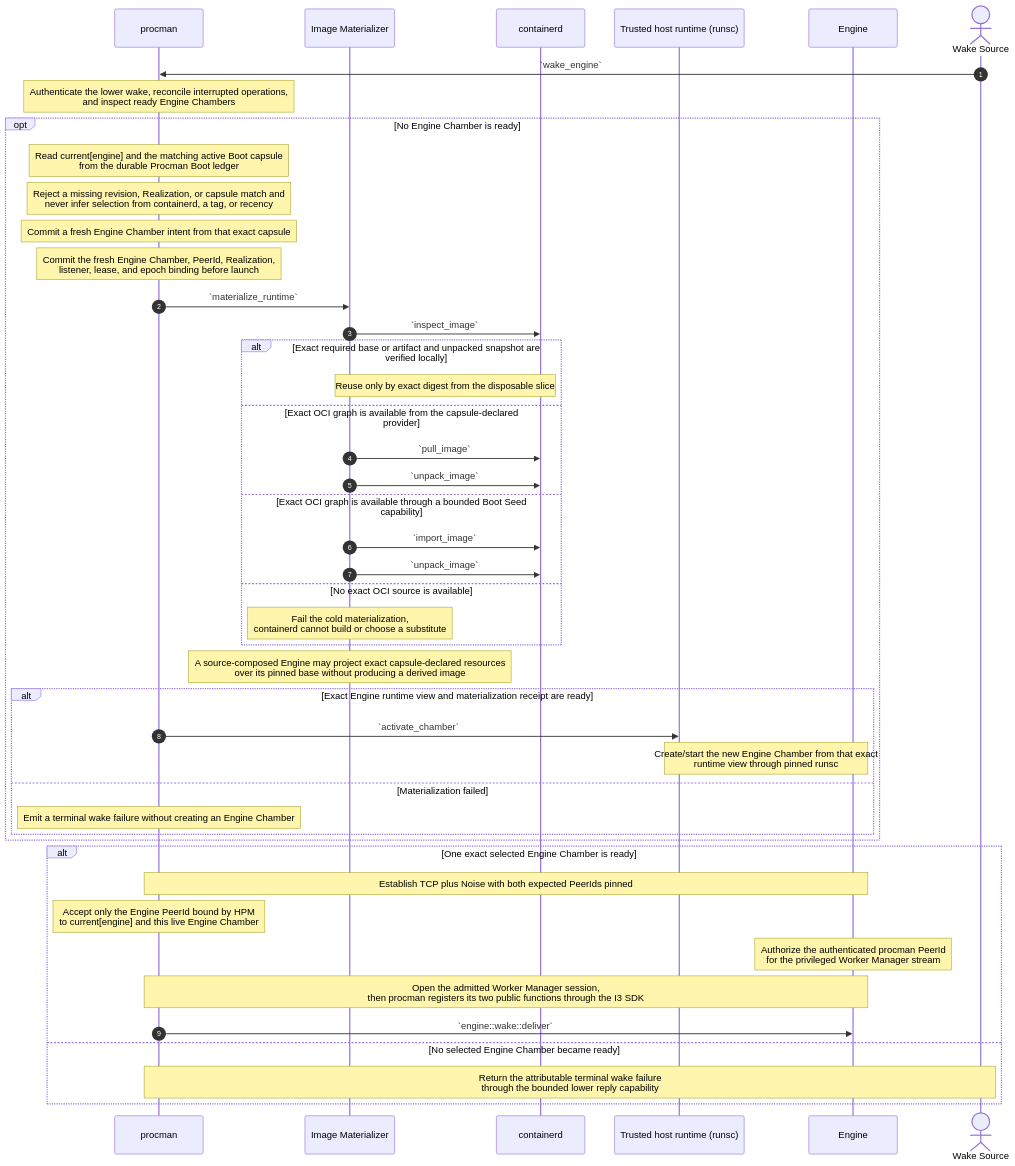
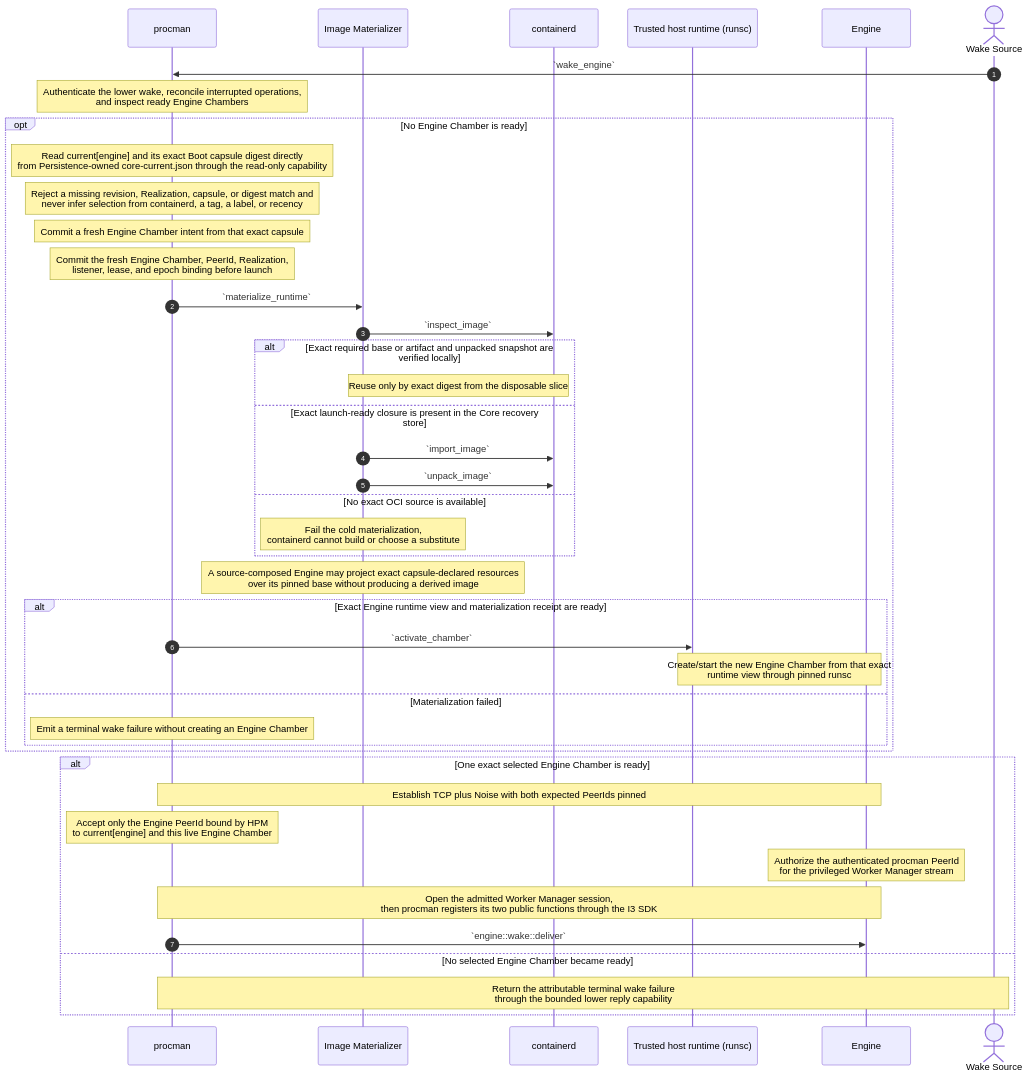
Before and after one commit to dreamcatcher-tech/chambers-lifecycle-explorer: the fourth of 14 diagrams in source/chambers-lifecycle-sequences.md, drawn with Mermaid. The commit also changed other lines of this file and 7 other files, not shown here.

Commit message:
feat: project bootstrap-safe core selection

````diff
--- a/source/chambers-lifecycle-sequences.md
+++ b/source/chambers-lifecycle-sequences.md
@@ -603,50 +817,47 @@
 ```mermaid
 sequenceDiagram
     autonumber
     participant procman
     participant Materializer as Image Materializer
     participant containerd
     participant Runtime as Trusted host runtime (runsc)
     participant Engine
     actor Wake as Wake Source
 
     Wake->>procman: `wake_engine`
     Note over procman: Authenticate the lower wake, reconcile interrupted operations,<br/>and inspect ready Engine Chambers
 
     opt No Engine Chamber is ready
-        Note over procman: Read current[engine] and the matching active Boot capsule<br/>from the durable Procman Boot ledger
-        Note over procman: Reject a missing revision, Realization, or capsule match and<br/>never infer selection from containerd, a tag, or recency
+        Note over procman: Read current[engine] and its exact Boot capsule digest directly<br/>from Persistence-owned core-current.json through the read-only capability
+        Note over procman: Reject a missing revision, Realization, capsule, or digest match and<br/>never infer selection from containerd, a tag, a label, or recency
         Note over procman: Commit a fresh Engine Chamber intent from that exact capsule
         Note over procman: Commit the fresh Engine Chamber, PeerId, Realization,<br/>listener, lease, and epoch binding before launch
         procman->>Materializer: `materialize_runtime`
         Materializer->>containerd: `inspect_image`
         alt Exact required base or artifact and unpacked snapshot are verified locally
             Note over Materializer,containerd: Reuse only by exact digest from the disposable slice
-        else Exact OCI graph is available from the capsule-declared provider
-            Materializer->>containerd: `pull_image`
-            Materializer->>containerd: `unpack_image`
-        else Exact OCI graph is available through a bounded Boot Seed capability
+        else Exact launch-ready closure is present in the Core recovery store
             Materializer->>containerd: `import_image`
             Materializer->>containerd: `unpack_image`
         else No exact OCI source is available
             Note over Materializer: Fail the cold materialization,<br/>containerd cannot build or choose a substitute
         end
         Note over Materializer: A source-composed Engine may project exact capsule-declared resources<br/>over its pinned base without producing a derived image
         alt Exact Engine runtime view and materialization receipt are ready
             procman->>Runtime: `activate_chamber`
             Note over Runtime,Engine: Create/start the new Engine Chamber from that exact<br/>runtime view through pinned runsc
         else Materialization failed
             Note over procman: Emit a terminal wake failure without creating an Engine Chamber
         end
     end
 
     alt One exact selected Engine Chamber is ready
         Note over procman,Engine: Establish TCP plus Noise with both expected PeerIds pinned
         Note over procman: Accept only the Engine PeerId bound by HPM<br/>to current[engine] and this live Engine Chamber
         Note over Engine: Authorize the authenticated procman PeerId<br/>for the privileged Worker Manager stream
         Note over procman,Engine: Open the admitted Worker Manager session,<br/>then procman registers its two public functions through the I3 SDK
         procman->>Engine: `engine::wake::deliver`
     else No selected Engine Chamber became ready
         Note over procman,Wake: Return the attributable terminal wake failure<br/>through the bounded lower reply capability
     end
 ```
````
